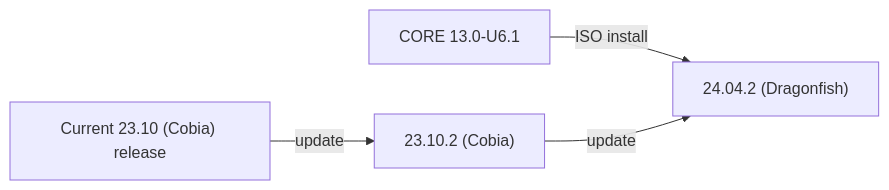
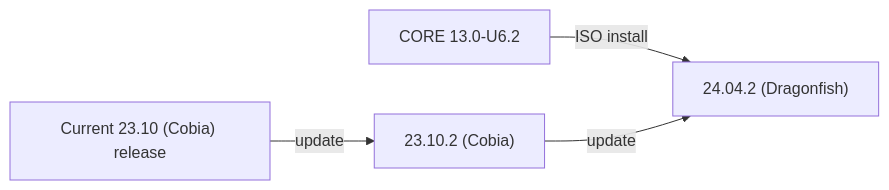
Before and after one commit to truenas/documentation: the second of 2 diagrams in static/includes/SCALEUpgradePaths.md, drawn with Mermaid. The commit also changed other lines of this file, not shown here.

```diff
--- a/static/includes/SCALEUpgradePaths.md
+++ b/static/includes/SCALEUpgradePaths.md
@@ -23,7 +24,7 @@
       {{< mermaid class="mermaid_sizing" >}}
       flowchart LR
-        A["CORE 13.0-U6.1"] -->|ISO install| D
+        A["CORE 13.0-U6.2"] -->|ISO install| D
         B["Current 23.10 (Cobia) release"] -->|update| C
         C["23.10.2 (Cobia)"] -->|update| D
         D["24.04.2 (Dragonfish)"]
       {{< /mermaid >}}
```
